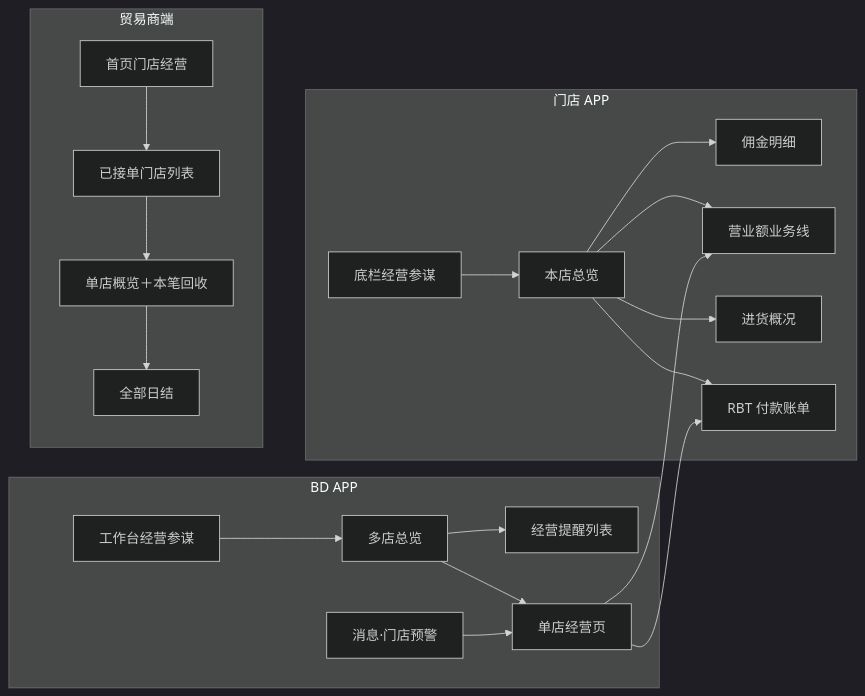
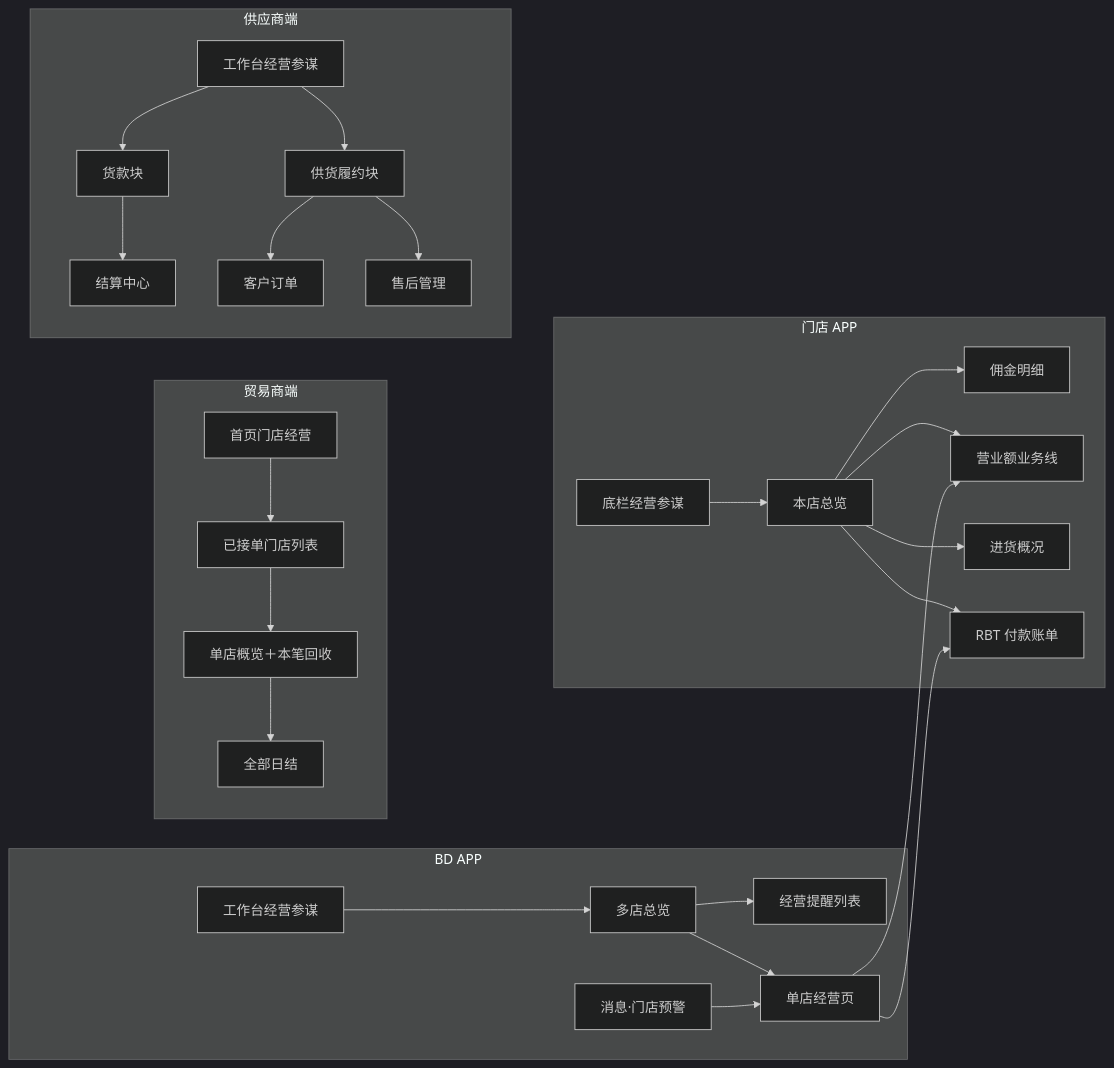
Before and after one commit to 342-droid/LFerp: the first of 2 diagrams in prototype-prd/门店经营参谋.md, drawn with Mermaid (dark theme). The commit also changed other lines of this file and 15 other files, not shown here.

````diff
--- a/prototype-prd/门店经营参谋.md
+++ b/prototype-prd/门店经营参谋.md
@@ -30,23 +27,30 @@
 ```mermaid
 flowchart LR
   subgraph store[门店 APP]
     S1[底栏经营参谋] --> S2[本店总览]
     S2 --> S3[佣金明细]
     S2 --> S4[营业额业务线]
     S2 --> S5[进货概况]
     S2 --> S6[RBT 付款账单]
   end
   subgraph bd[BD APP]
     B1[工作台经营参谋] --> B2[多店总览]
     B2 --> B3[经营提醒列表]
     B2 --> B4[单店经营页]
     B4 --> S4
     B4 --> S6
     B5[消息·门店预警] --> B4
   end
   subgraph trader[贸易商端]
     T1[首页门店经营] --> T2[已接单门店列表]
     T2 --> T3[单店概览＋本笔回收]
     T3 --> T4[全部日结]
   end
+  subgraph supplier[供应商端]
+    P1[工作台经营参谋] --> P2[货款块]
+    P1 --> P3[供货履约块]
+    P2 --> P4[结算中心]
+    P3 --> P5[客户订单]
+    P3 --> P6[售后管理]
+  end
 ```
````
